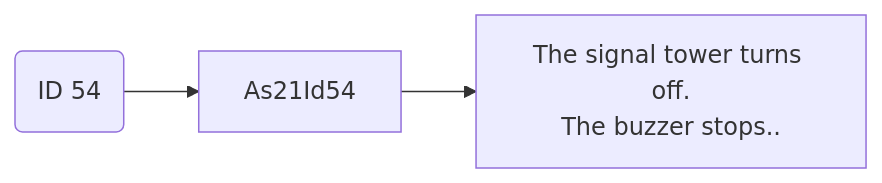
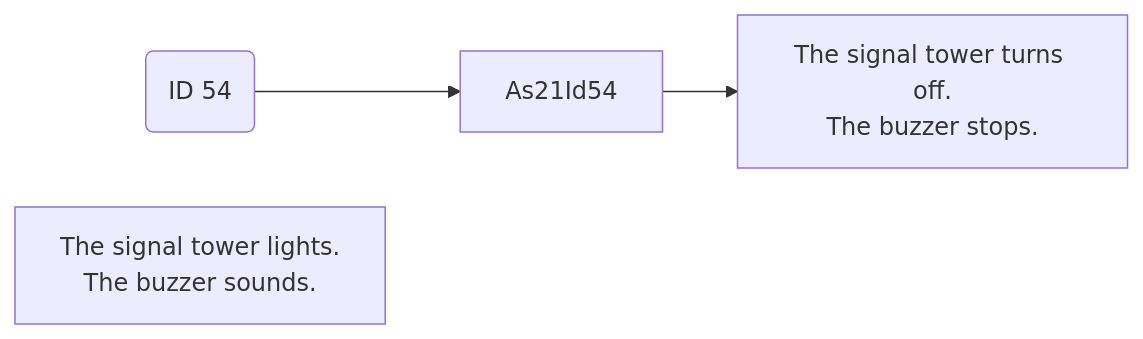
Diagram 22 of 22 in Basic-Design/DFD-WMS/Storage/Palletizing-Settting/Irregular-Cases.md (luthfiadityaa/SimeDarby-Wiki), drawn with Mermaid before and after one commit.

Commit message:
Updated Irregular Cases

```diff
--- a/Basic-Design/DFD-WMS/Storage/Palletizing-Settting/Irregular-Cases.md
+++ b/Basic-Design/DFD-WMS/Storage/Palletizing-Settting/Irregular-Cases.md
@@ -1246,15 +1246,20 @@
 ::: mermaid
 flowchart LR
 
 id50msg("
 ID 54
 ")
 
+buttonlightStart["
+The signal tower lights.
+The buzzer sounds.
+"]
+
 buttonlight["
 The signal tower turns off.
-The buzzer stops..
+The buzzer stops.
 "]
 
 id50msg --> As21Id54
 As21Id54 --> buttonlight
 :::
```
